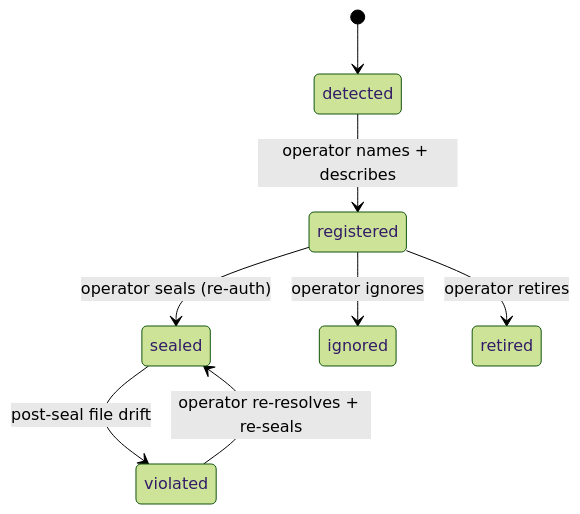
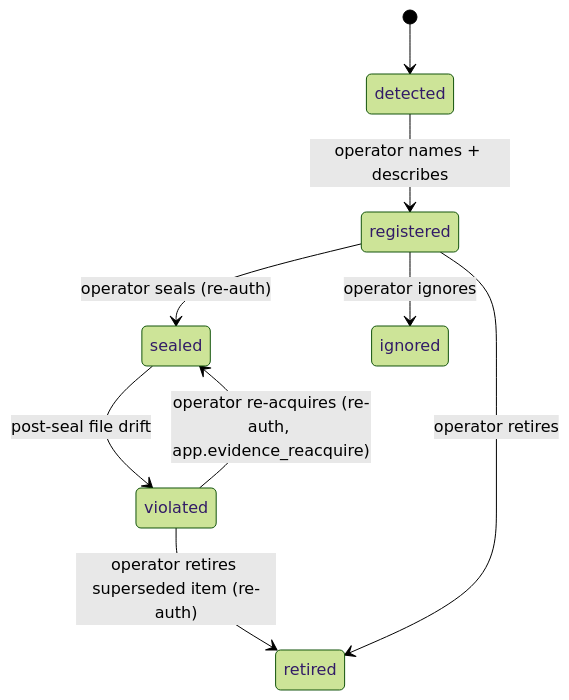
The second of 7 diagrams in docs/product/data-flows-and-lifecycles.md (xyehya/sift-mcps), drawn with Mermaid (forest theme) before and after one commit. The commit also changed other lines of this file and 16 other files, not shown here.

````diff
--- a/docs/product/data-flows-and-lifecycles.md
+++ b/docs/product/data-flows-and-lifecycles.md
@@ -97,10 +97,11 @@
 ```mermaid
 stateDiagram-v2
   [*] --> detected
   detected --> registered: operator names + describes
   registered --> sealed: operator seals (re-auth)
   sealed --> violated: post-seal file drift
-  violated --> sealed: operator re-resolves + re-seals
+  violated --> sealed: operator re-acquires (re-auth, app.evidence_reacquire)
+  violated --> retired: operator retires superseded item (re-auth)
   registered --> ignored: operator ignores
   registered --> retired: operator retires
 ```
````
